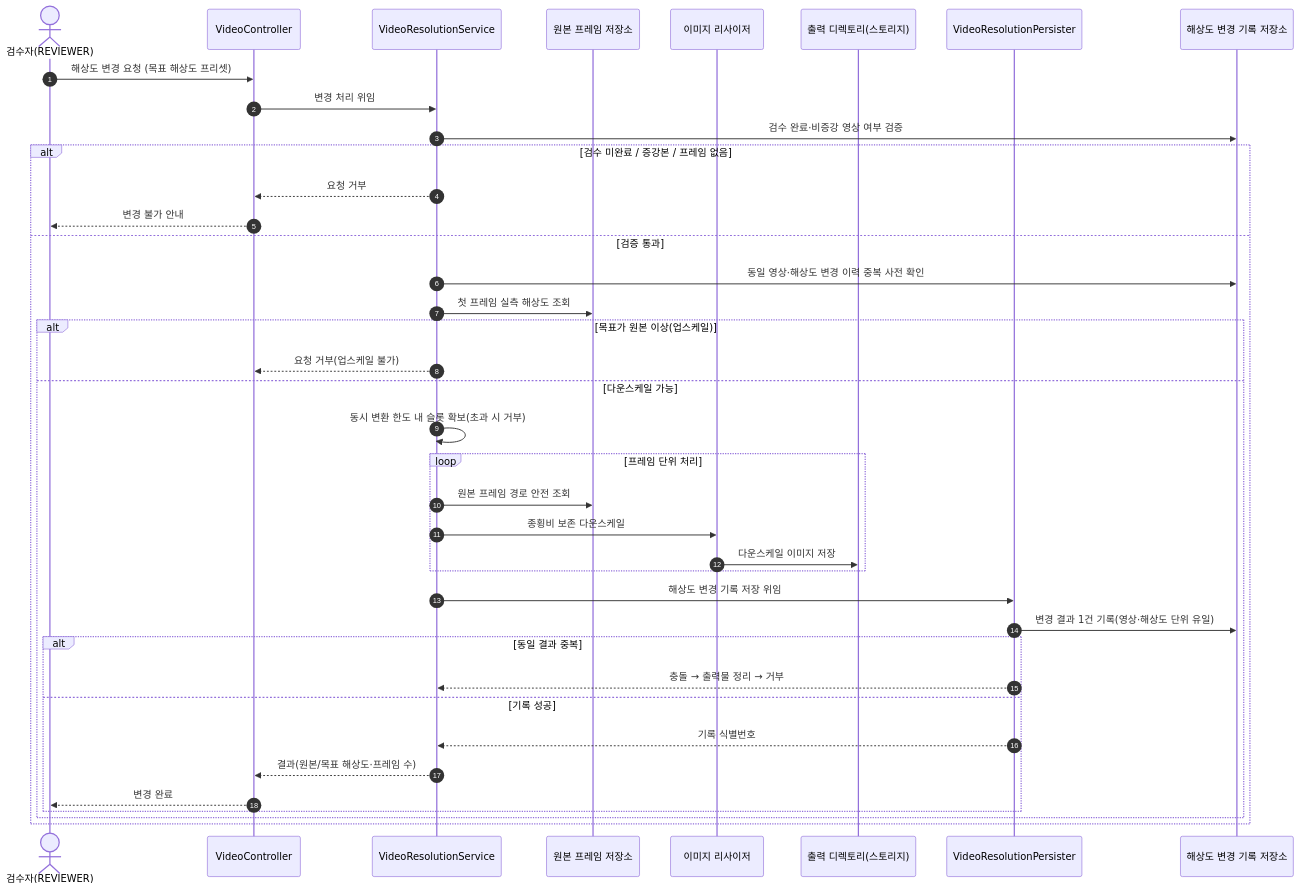
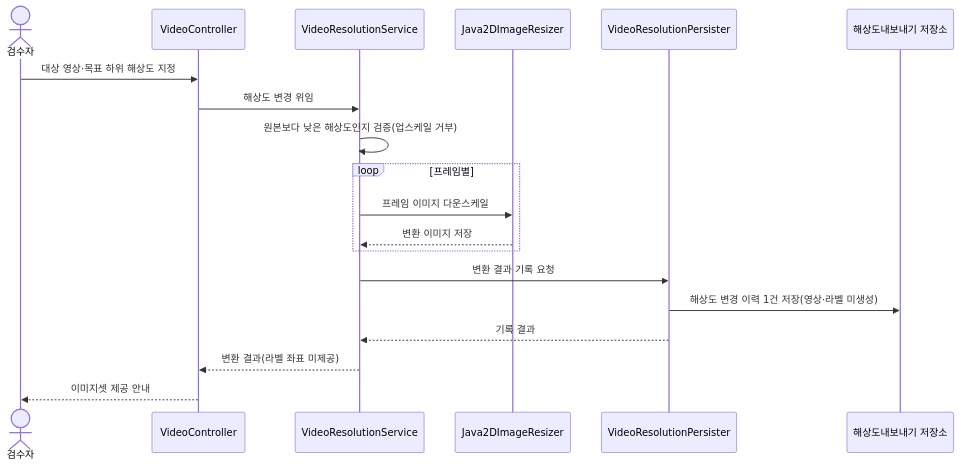
Before and after one commit to New-stella/klid-label: the third of 36 diagrams in docs/design/D1-클래스설계서.md, drawn with Mermaid. The commit also changed other lines of this file and 7 other files, not shown here.

````diff
--- a/docs/design/D1-클래스설계서.md
+++ b/docs/design/D1-클래스설계서.md
@@ -328,41 +290,21 @@
 ```mermaid
 sequenceDiagram
-    autonumber
-    actor RV as 검수자(REVIEWER)
-    participant VC as VideoController
-    participant VRS as VideoResolutionService
-    participant SRC as 원본 프레임 저장소
-    participant RZ as 이미지 리사이저
-    participant FS as 출력 디렉토리(스토리지)
-    participant VP as VideoResolutionPersister
-    participant DB as 해상도 변경 기록 저장소
-    RV->>VC: 해상도 변경 요청 (목표 해상도 프리셋)
-    VC->>VRS: 변경 처리 위임
-    VRS->>DB: 검수 완료·비증강 영상 여부 검증
-    alt 검수 미완료 / 증강본 / 프레임 없음
-        VRS-->>VC: 요청 거부
-        VC-->>RV: 변경 불가 안내
-    else 검증 통과
-        VRS->>DB: 동일 영상·해상도 변경 이력 중복 사전 확인
-        VRS->>SRC: 첫 프레임 실측 해상도 조회
-        alt 목표가 원본 이상(업스케일)
-            VRS-->>VC: 요청 거부(업스케일 불가)
-        else 다운스케일 가능
-            VRS->>VRS: 동시 변환 한도 내 슬롯 확보(초과 시 거부)
-            loop 프레임 단위 처리
-                VRS->>SRC: 원본 프레임 경로 안전 조회
-                VRS->>RZ: 종횡비 보존 다운스케일
-                RZ->>FS: 다운스케일 이미지 저장
-            end
-            VRS->>VP: 해상도 변경 기록 저장 위임
-            VP->>DB: 변경 결과 1건 기록(영상·해상도 단위 유일)
-            alt 동일 결과 중복
-                VP-->>VRS: 충돌 → 출력물 정리 → 거부
-            else 기록 성공
-                VP-->>VRS: 기록 식별번호
-                VRS-->>VC: 결과(원본/목표 해상도·프레임 수)
-                VC-->>RV: 변경 완료
-            end
-        end
+    actor REVIEWER as 검수자
+    participant C as VideoController
+    participant S as VideoResolutionService
+    participant Z as Java2DImageResizer
+    participant P as VideoResolutionPersister
+    participant X as 해상도내보내기 저장소
+    REVIEWER->>C: 대상 영상·목표 하위 해상도 지정
+    C->>S: 해상도 변경 위임
+    S->>S: 원본보다 낮은 해상도인지 검증(업스케일 거부)
+    loop 프레임별
+        S->>Z: 프레임 이미지 다운스케일
+        Z-->>S: 변환 이미지 저장
     end
+    S->>P: 변환 결과 기록 요청
+    P->>X: 해상도 변경 이력 1건 저장(영상·라벨 미생성)
+    P-->>S: 기록 결과
+    S-->>C: 변환 결과(라벨 좌표 미제공)
+    C-->>REVIEWER: 이미지셋 제공 안내
 ```
````
